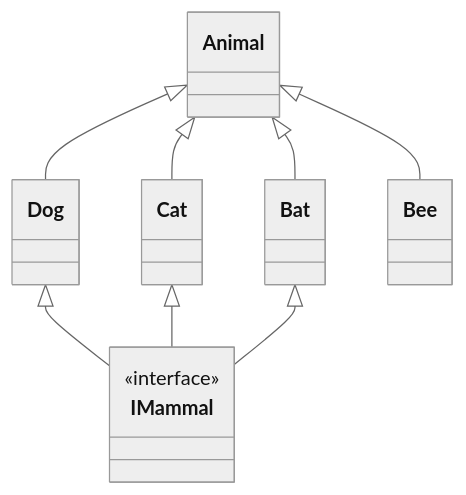
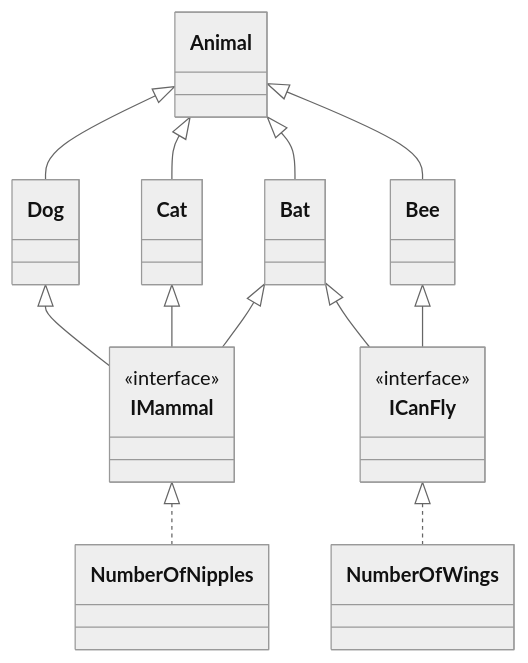
One commit to Sonia-Raposo/LP1Semana08 changed the diagram in AnimalKingdom/README.md. Above: the diagram before and after it, drawn with Mermaid (neutral theme).

Commit message:
Add interface ICanFly

````diff
--- a/AnimalKingdom/README.md
+++ b/AnimalKingdom/README.md
@@ -3,17 +3,24 @@
 ```mermaid
 
 classDiagram
 
     Animal <|-- Dog
     Animal <|-- Cat
     Animal <|-- Bat
     Animal <|-- Bee
 
     class IMammal
     <<interface>> IMammal
     Dog <|--IMammal
     Cat <|--IMammal
     Bat <|--IMammal
 
+    class ICanFly
+    <<interface>> ICanFly
+    Bat <|--ICanFly
+    Bee <|--ICanFly
+
+    IMammal <|.. NumberOfNipples
+    ICanFly <|.. NumberOfWings
 
 ```
````
